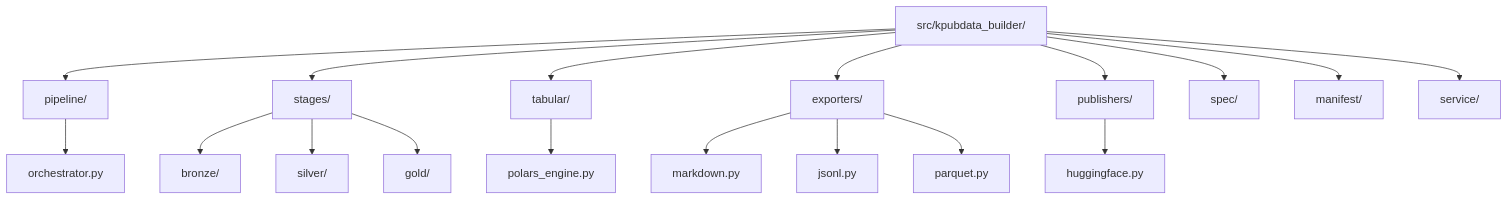
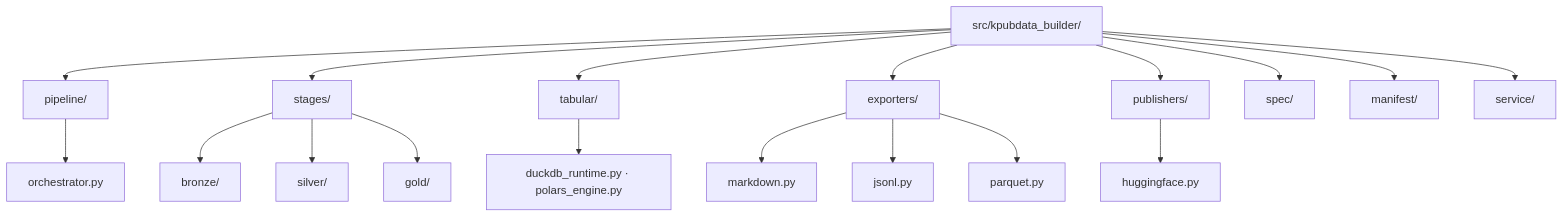
The second of 2 diagrams in docs/index.md (kpubdata-lab/kpubdata-builder), drawn with Mermaid before and after one commit. The commit also changed other lines of this file and 14 other files, not shown here.

````diff
--- a/docs/index.md
+++ b/docs/index.md
@@ -151,21 +151,21 @@
 ```mermaid
 graph TD
     ROOT[src/kpubdata_builder/] --> PL[pipeline/]
     ROOT --> ST[stages/]
     ROOT --> TB[tabular/]
     ROOT --> E[exporters/]
     ROOT --> P[publishers/]
     ROOT --> S[spec/]
     ROOT --> M[manifest/]
     ROOT --> SVC[service/]
 
     PL --> ORCH[orchestrator.py]
     ST --> BR[bronze/]
     ST --> SI[silver/]
     ST --> GO[gold/]
-    TB --> PO[polars_engine.py]
+    TB --> PO[duckdb_runtime.py · polars_engine.py]
     E --> ME[markdown.py]
     E --> JE[jsonl.py]
     E --> PE[parquet.py]
     P --> HP[huggingface.py]
 ```
````
